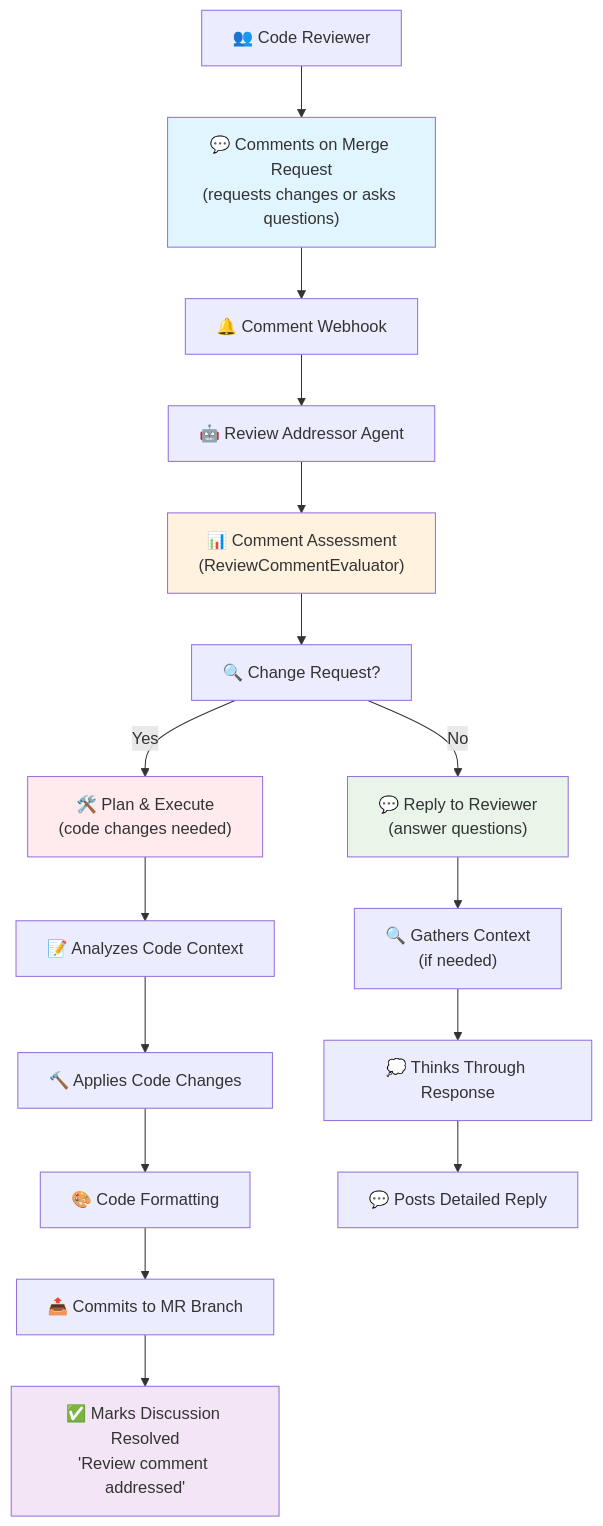
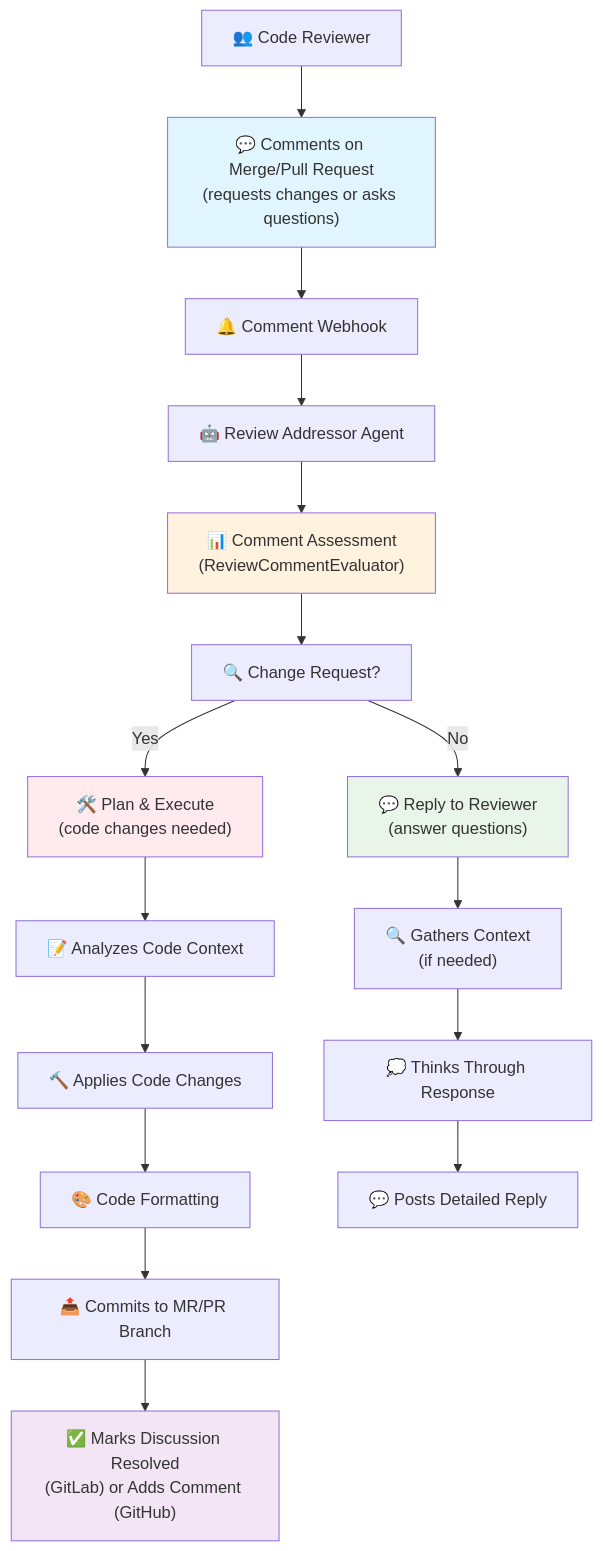
One commit to srtab/daiv changed the diagram in docs/features/review-addressor.md. Above: the diagram before and after it, drawn with Mermaid. The commit also changed 8 other files, not shown here.

Commit message:
Updated docs to reflect GitHub support.

````diff
--- a/docs/features/review-addressor.md
+++ b/docs/features/review-addressor.md
@@ -4,27 +4,27 @@
 ```mermaid
 graph TD
-    A["👥 Code Reviewer"] --> B["💬 Comments on Merge Request<br/>(requests changes or asks questions)"]
+    A["👥 Code Reviewer"] --> B["💬 Comments on Merge/Pull Request<br/>(requests changes or asks questions)"]
     B --> C["🔔 Comment Webhook"]
     C --> D["🤖 Review Addressor Agent"]
     D --> E["📊 Comment Assessment<br/>(ReviewCommentEvaluator)"]
 
     E --> F["🔍 Change Request?"]
     F -->|Yes| G["🛠️ Plan & Execute<br/>(code changes needed)"]
     F -->|No| H["💬 Reply to Reviewer<br/>(answer questions)"]
 
     G --> I["📝 Analyzes Code Context"]
     I --> J["🔨 Applies Code Changes"]
     J --> K["🎨 Code Formatting"]
-    K --> L["📤 Commits to MR Branch"]
-    L --> M["✅ Marks Discussion Resolved<br/>'Review comment addressed'"]
+    K --> L["📤 Commits to MR/PR Branch"]
+    L --> M["✅ Marks Discussion Resolved<br/>(GitLab) or Adds Comment (GitHub)"]
 
     H --> N["🔍 Gathers Context<br/>(if needed)"]
     N --> O["💭 Thinks Through Response"]
     O --> P["💬 Posts Detailed Reply"]
 
     style B fill:#e1f5fe
     style E fill:#fff3e0
     style G fill:#ffebee
     style H fill:#e8f5e8
     style M fill:#f3e5f5
 ```
````
